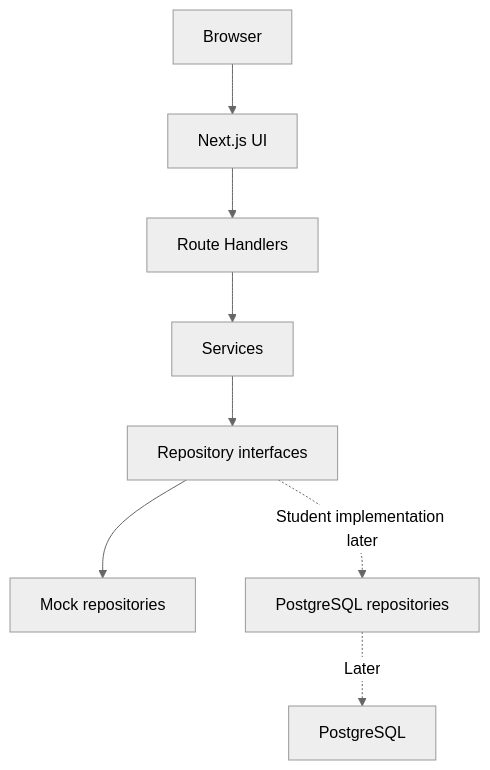
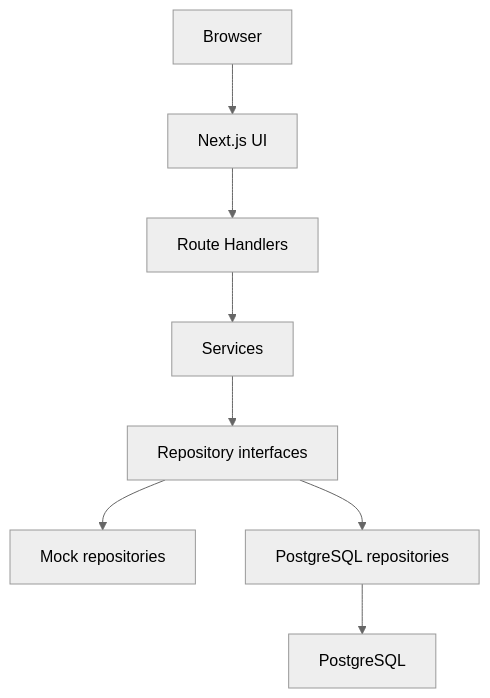
One commit to Captain-King-2024/smart-campus-maintenance-system changed the first of 2 diagrams in docs/ARCHITECTURE.md. Above: the diagram before and after it, drawn with Mermaid (neutral theme). The commit also changed other lines of this file and 48 other files, not shown here.

First line of the commit message:
feat: integrate PostgreSQL persistence and transactional workflows

````diff
--- a/docs/ARCHITECTURE.md
+++ b/docs/ARCHITECTURE.md
@@ -5,10 +5,10 @@
 ```mermaid
 flowchart TD
   A[Browser] --> B[Next.js UI]
   B --> C[Route Handlers]
   C --> D[Services]
   D --> E[Repository interfaces]
   E --> F[Mock repositories]
-  E -. Student implementation later .-> G[PostgreSQL repositories]
-  G -. Later .-> H[PostgreSQL]
+  E --> G[PostgreSQL repositories]
+  G --> H[PostgreSQL]
 ```
````
